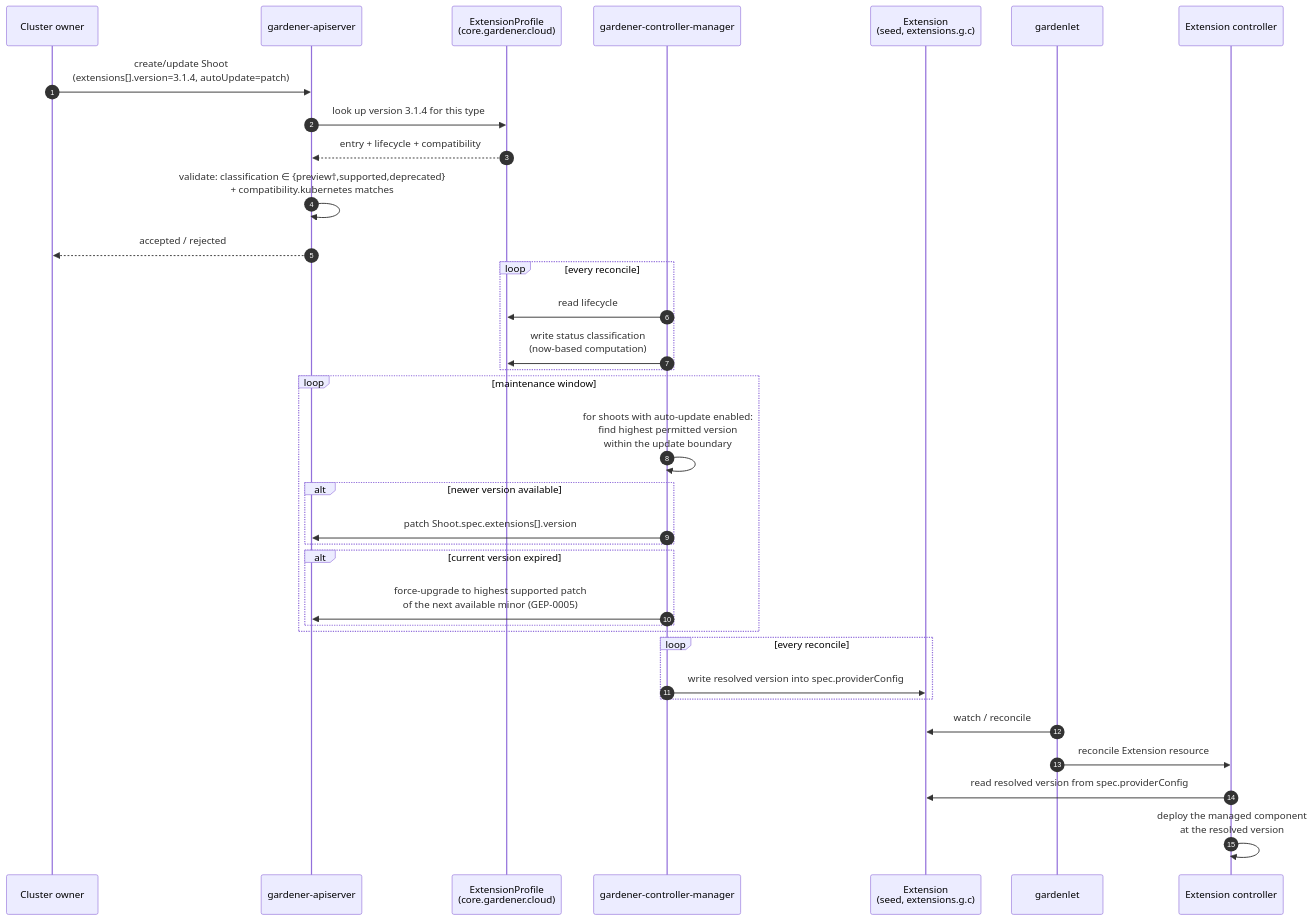
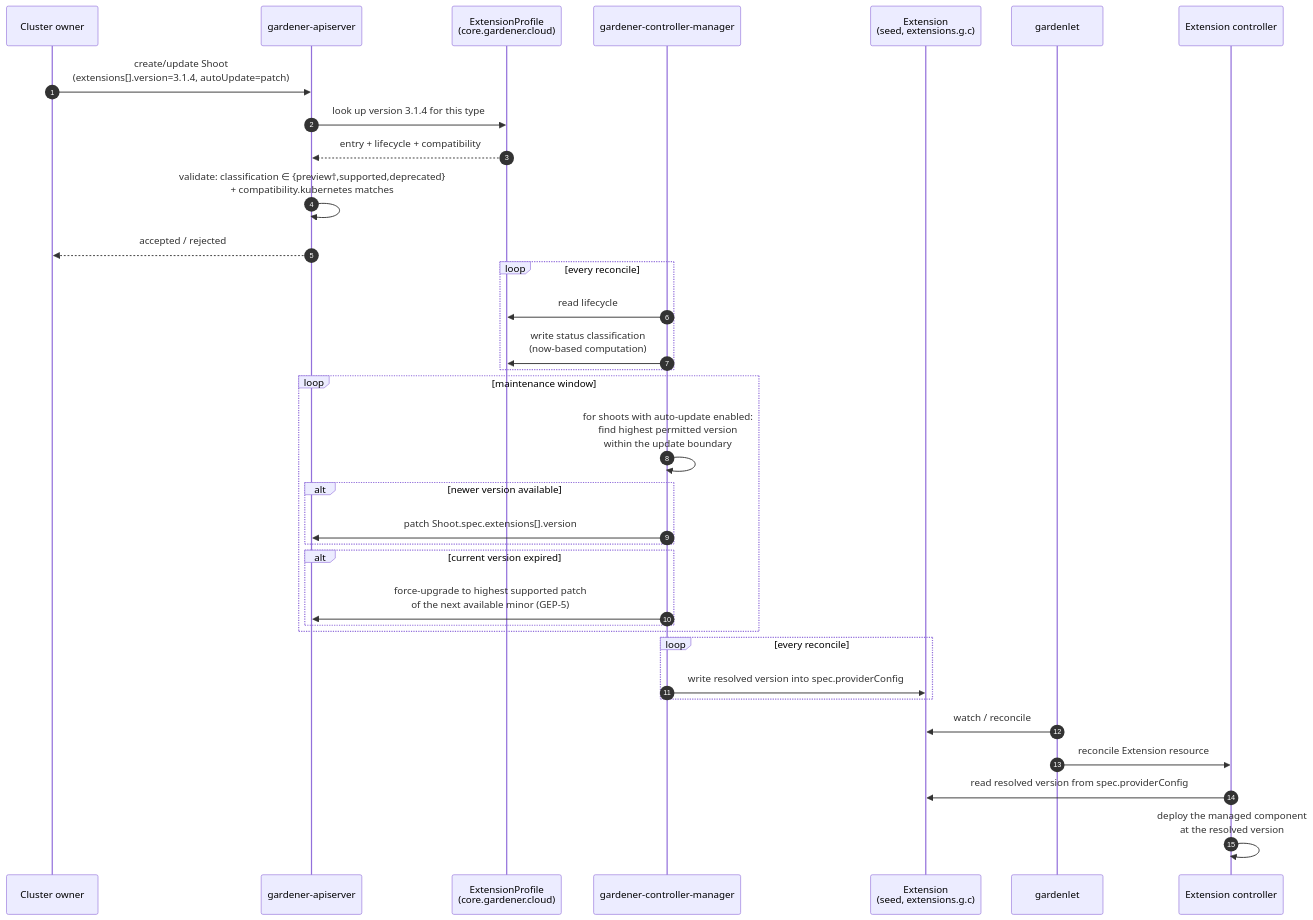
One commit to DockToFuture/enhancements changed the diagram in geps/0078-extension-profile/flow.mmd. Above: the diagram before and after it, drawn with Mermaid. The commit also changed 2 other files, not shown here.

Commit message:
rename GEP links

```diff
--- a/geps/0078-extension-profile/flow.mmd
+++ b/geps/0078-extension-profile/flow.mmd
@@ -1,40 +1,40 @@
 %%{init: {'theme': 'default', 'themeVariables': {'background': '#ffffff'}}}%%
 sequenceDiagram
   autonumber
   participant Owner as Cluster owner
   participant API as gardener-apiserver
   participant CAT as ExtensionProfile<br/>(core.gardener.cloud)
   participant GCM as gardener-controller-manager
   participant SEED as Extension<br/>(seed, extensions.g.c)
   participant GL as gardenlet
   participant EXT as Extension controller
 
   Owner->>API: create/update Shoot<br/>(extensions[].version=3.1.4, autoUpdate=patch)
   API->>CAT: look up version 3.1.4 for this type
   CAT-->>API: entry + lifecycle + compatibility
   API->>API: validate: classification ∈ {preview†,supported,deprecated}<br/>+ compatibility.kubernetes matches
   API-->>Owner: accepted / rejected
 
   loop every reconcile
     GCM->>CAT: read lifecycle
     GCM->>CAT: write status classification<br/>(now-based computation)
   end
 
   loop maintenance window
     GCM->>GCM: for shoots with auto-update enabled:<br/>find highest permitted version<br/>within the update boundary
     alt newer version available
       GCM->>API: patch Shoot.spec.extensions[].version
     end
     alt current version expired
-      GCM->>API: force-upgrade to highest supported patch<br/>of the next available minor (GEP-0005)
+      GCM->>API: force-upgrade to highest supported patch<br/>of the next available minor (GEP-5)
     end
   end
 
   loop every reconcile
     GCM->>SEED: write resolved version into spec.providerConfig
   end
 
   GL->>SEED: watch / reconcile
   GL->>EXT: reconcile Extension resource
   EXT->>SEED: read resolved version from spec.providerConfig
   EXT->>EXT: deploy the managed component<br/>at the resolved version
```
